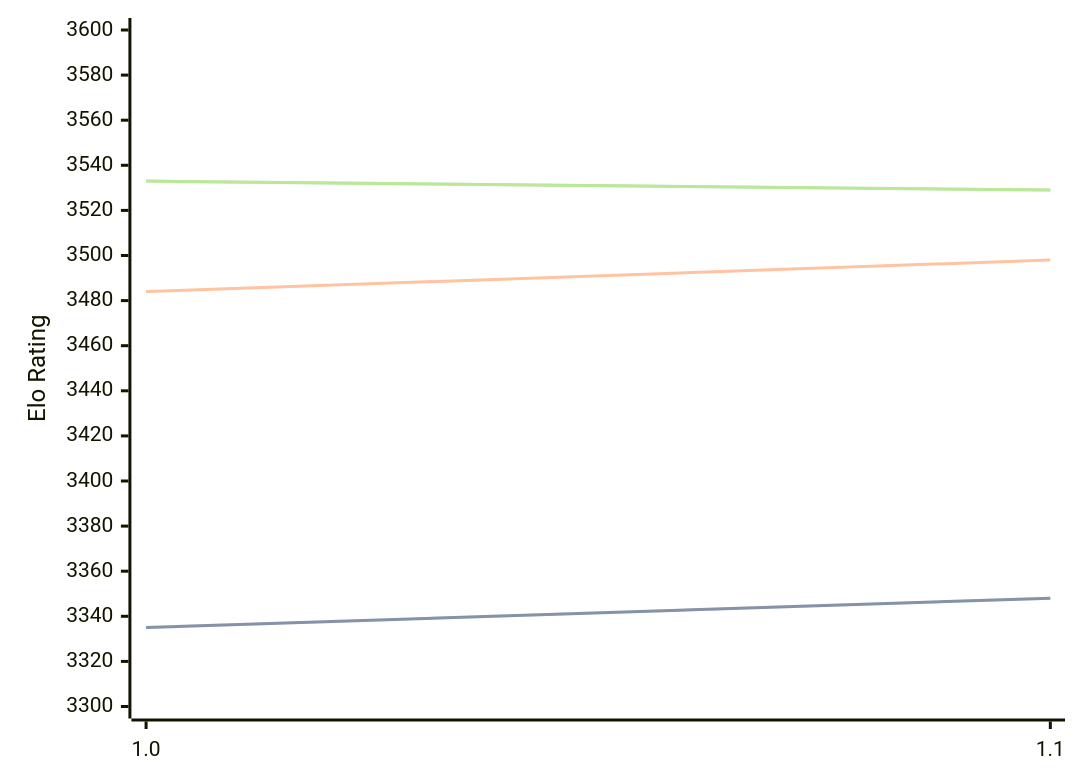
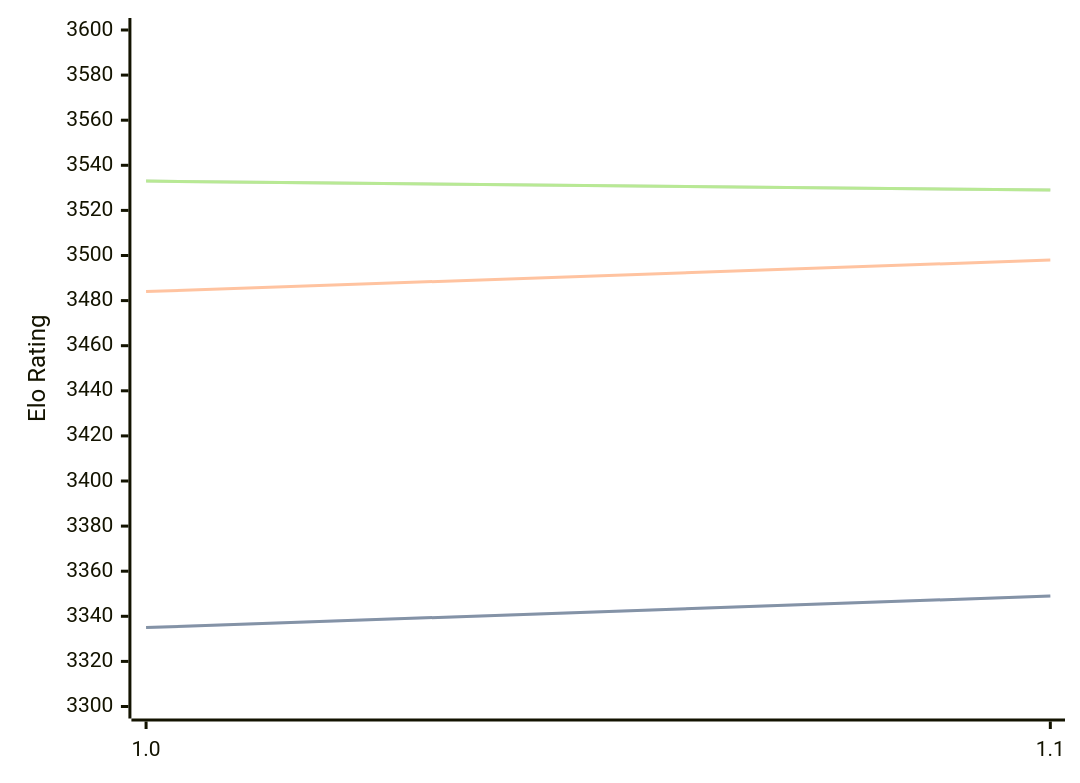
One commit to computer-chess-index/cci changed the diagram in engines/Horsie.md. Above: the diagram before and after it, drawn with Mermaid. The commit also changed other lines of this file, not shown here.

````diff
--- a/engines/Horsie.md
+++ b/engines/Horsie.md
@@ -32,11 +32,11 @@
 ```mermaid
 %%{init: {"theme":"base","themeVariables":{"seriesColors:['#a3a3a3','#222221','#faa371']}}}%%
 xychart-beta
   x-axis ["1.0", "1.1"]
   y-axis "Elo Rating" 3300 --> 3600
-  line "STC (8.0+0.08s)" [3335, 3348]
-  line "STC (8.0+0.08s)" [3335, 3348]
+  line "STC (8.0+0.08s)" [3335, 3349]
+  line "STC (8.0+0.08s)" [3335, 3349]
   line "LTC (60.0+0.60s)" [3484, 3498]
   line "VLTC (2m24s+1.12s)" [3533, 3529]
   line "VLTC (2m24s+1.12s)" [3533, 3529]
 ```
````
